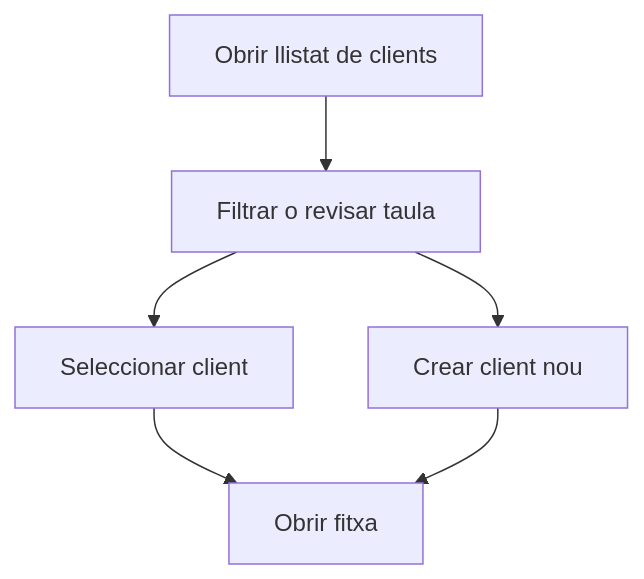
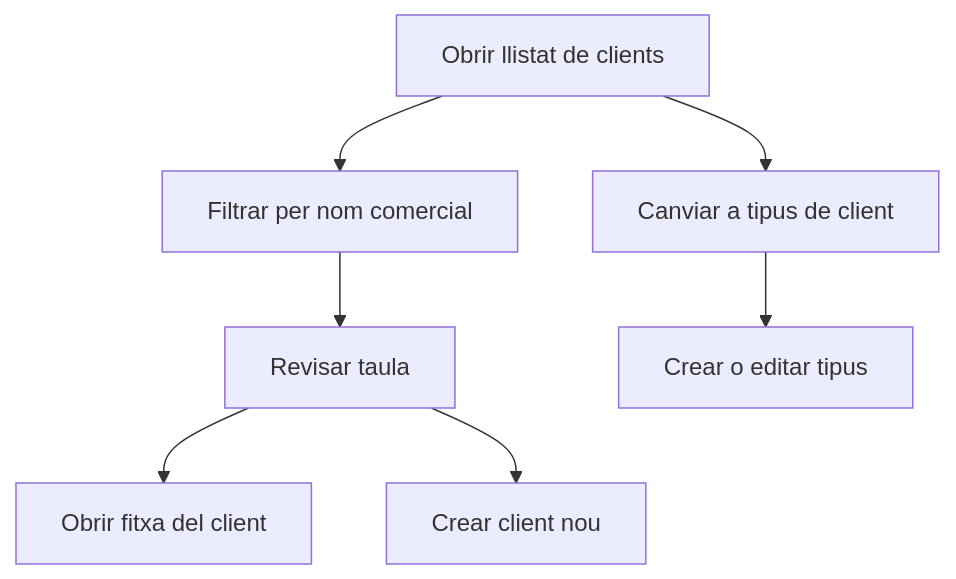
The diagram in frontend/src/help/ca/sales/customers/list.md (MGurtD/lilith), drawn with Mermaid before and after one commit. The commit also changed other lines of this file and 15 other files, not shown here.

````diff
--- a/frontend/src/help/ca/sales/customers/list.md
+++ b/frontend/src/help/ca/sales/customers/list.md
@@ -30,8 +40,9 @@
 ```mermaid
 flowchart TD
-    A[Obrir llistat de clients] --> B[Filtrar o revisar taula]
-    B --> C[Seleccionar client]
-    C --> D[Obrir fitxa]
-    B --> E[Crear client nou]
-    E --> D
+    A[Obrir llistat de clients] --> B[Filtrar per nom comercial]
+    B --> C[Revisar taula]
+    C --> D[Obrir fitxa del client]
+    C --> E[Crear client nou]
+    A --> F[Canviar a tipus de client]
+    F --> G[Crear o editar tipus]
 ```
````
